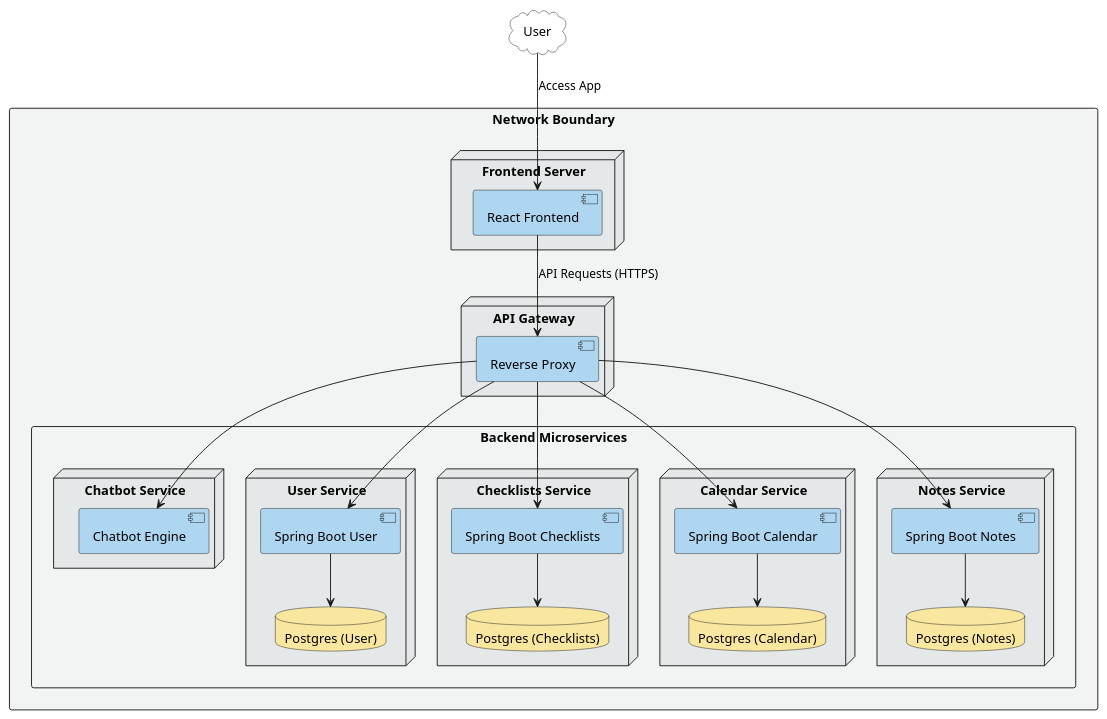
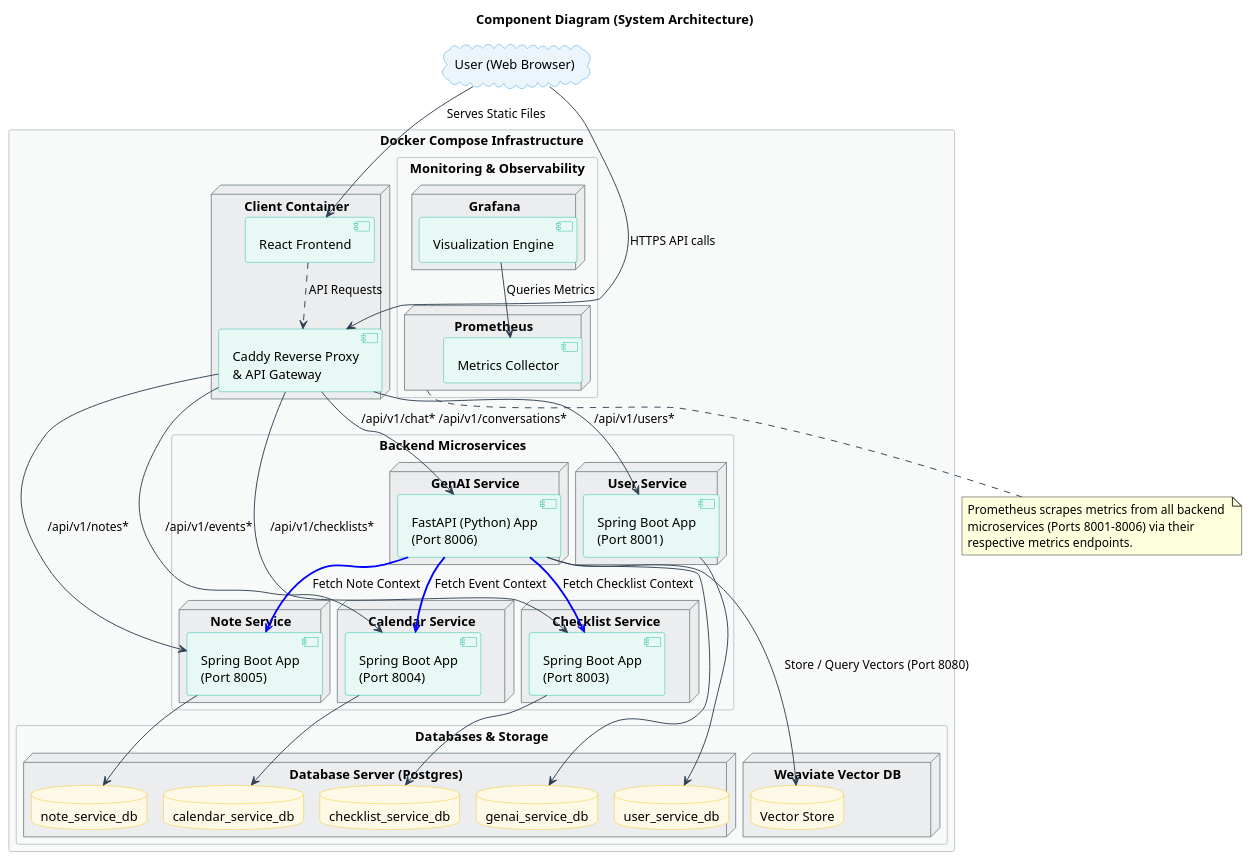
One commit to AET-DevOps26/team-devopss26 changed the diagram in docs/component.puml. Above: the diagram before and after it, drawn with PlantUML. The commit also changed 11 other files, not shown here.

Commit message:
implements #97: updated uml diagrams to reflect current architecture

```diff
--- a/docs/component.puml
+++ b/docs/component.puml
@@ -1,67 +1,105 @@
 @startuml
+!pragma layout smetana
 skinparam nodesep 40
 skinparam ranksep 50
 skinparam shadowing false
 
-skinparam RectangleBackgroundColor #F2F4F4
-skinparam NodeBackgroundColor #E5E8E8
-skinparam ComponentBackgroundColor #AED6F1
-skinparam DatabaseBackgroundColor #F9E79F
+' Custom Color Palette for High-quality Visuals
+skinparam RectangleBackgroundColor #F8F9F9
+skinparam RectangleBorderColor #BDC3C7
+skinparam NodeBackgroundColor #EBEDEF
+skinparam NodeBorderColor #7F8C8D
+skinparam ComponentBackgroundColor #E8F8F5
+skinparam ComponentBorderColor #1ABC9C
+skinparam DatabaseBackgroundColor #FEF9E7
+skinparam DatabaseBorderColor #F1C40F
+skinparam ArrowColor #2C3E50
+skinparam CloudBackgroundColor #EBF5FB
+skinparam CloudBorderColor #3498DB
 
-top to bottom direction
+title Component Diagram (System Architecture)
 
-cloud "User" as user #transparent
+cloud "User (Web Browser)" as user
 
-rectangle "Network Boundary" {
-    
-    node "Frontend Server" as feServer {
-       [React Frontend] as fe
+rectangle "Docker Compose Infrastructure" {
+
+    node "Client Container" as clientContainer {
+        [React Frontend] as fe
+        [Caddy Reverse Proxy\n& API Gateway] as proxy
+        fe -[dashed]-> proxy : API Requests
     }
-    
-    node "API Gateway" as gatewayServer {
-       [Reverse Proxy] as proxy
+
+    rectangle "Backend Microservices" as backend {
+        node "User Service" as nodeUser {
+            [Spring Boot App\n(Port 8001)] as appUser
+        }
+        node "Checklist Service" as nodeCheck {
+            [Spring Boot App\n(Port 8003)] as appCheck
+        }
+        node "Calendar Service" as nodeCal {
+            [Spring Boot App\n(Port 8004)] as appCal
+        }
+        node "Note Service" as nodeNote {
+            [Spring Boot App\n(Port 8005)] as appNote
+        }
+        node "GenAI Service" as nodeGenAI {
+            [FastAPI (Python) App\n(Port 8006)] as appGenAI
+        }
     }
-    
-    rectangle "Backend Microservices" {
-        
-        node "Chatbot Service" as msChat {
-            [Chatbot Engine] as sbChat
+
+    rectangle "Databases & Storage" as storage {
+        node "Database Server (Postgres)" as pgServer {
+            database "user_service_db" as dbUser
+            database "checklist_service_db" as dbCheck
+            database "calendar_service_db" as dbCal
+            database "note_service_db" as dbNote
+            database "genai_service_db" as dbGenAI
         }
+        node "Weaviate Vector DB" as nodeWeaviate {
+            database "Vector Store" as dbWeaviate
+        }
+    }
 
-        node "User Service" as msUser {
-            [Spring Boot User] as sbUser
-            database "Postgres (User)" as pgUser
-            sbUser -down-> pgUser
+    rectangle "Monitoring & Observability" as monitoring {
+        node "Prometheus" as nodePrometheus {
+            [Metrics Collector] as appPrometheus
         }
-        
-        node "Checklists Service" as msCheck {
-            [Spring Boot Checklists] as sbCheck
-            database "Postgres (Checklists)" as pgCheck
-            sbCheck -down-> pgCheck
-        }
-        
-        node "Calendar Service" as msCal {
-            [Spring Boot Calendar] as sbCal
-            database "Postgres (Calendar)" as pgCal
-            sbCal -down-> pgCal
-        }
-        
-        node "Notes Service" as msNotes {
-            [Spring Boot Notes] as sbNotes
-            database "Postgres (Notes)" as pgNotes
-            sbNotes -down-> pgNotes
+        node "Grafana" as nodeGrafana {
+            [Visualization Engine] as appGrafana
         }
     }
 }
 
-user -down-> fe : Access App
+' User traffic
+user -down-> fe : Serves Static Files
+user -down-> proxy : HTTPS API calls
 
-fe -down-> proxy : API Requests (HTTPS)
+' Proxy routing
+proxy -down-> appUser : /api/v1/users*
+proxy -down-> appCheck : /api/v1/checklists*
+proxy -down-> appCal : /api/v1/events*
+proxy -down-> appNote : /api/v1/notes*
+proxy -down-> appGenAI : /api/v1/chat* /api/v1/conversations*
 
-proxy -down-> sbChat
-proxy -down-> sbUser
-proxy -down-> sbCheck
-proxy -down-> sbCal
-proxy -down-> sbNotes
+' Inter-service communication
+appGenAI -[#blue,bold]-> appNote : Fetch Note Context
+appGenAI -[#blue,bold]-> appCal : Fetch Event Context
+appGenAI -[#blue,bold]-> appCheck : Fetch Checklist Context
+
+' Database connections
+appUser -down-> dbUser
+appCheck -down-> dbCheck
+appCal -down-> dbCal
+appNote -down-> dbNote
+appGenAI -down-> dbGenAI
+appGenAI -down-> dbWeaviate : Store / Query Vectors (Port 8080)
+
+appGrafana -down-> appPrometheus : Queries Metrics
+
+note bottom of nodePrometheus
+  Prometheus scrapes metrics from all backend 
+  microservices (Ports 8001-8006) via their 
+  respective metrics endpoints.
+end note
 
 @enduml
```
